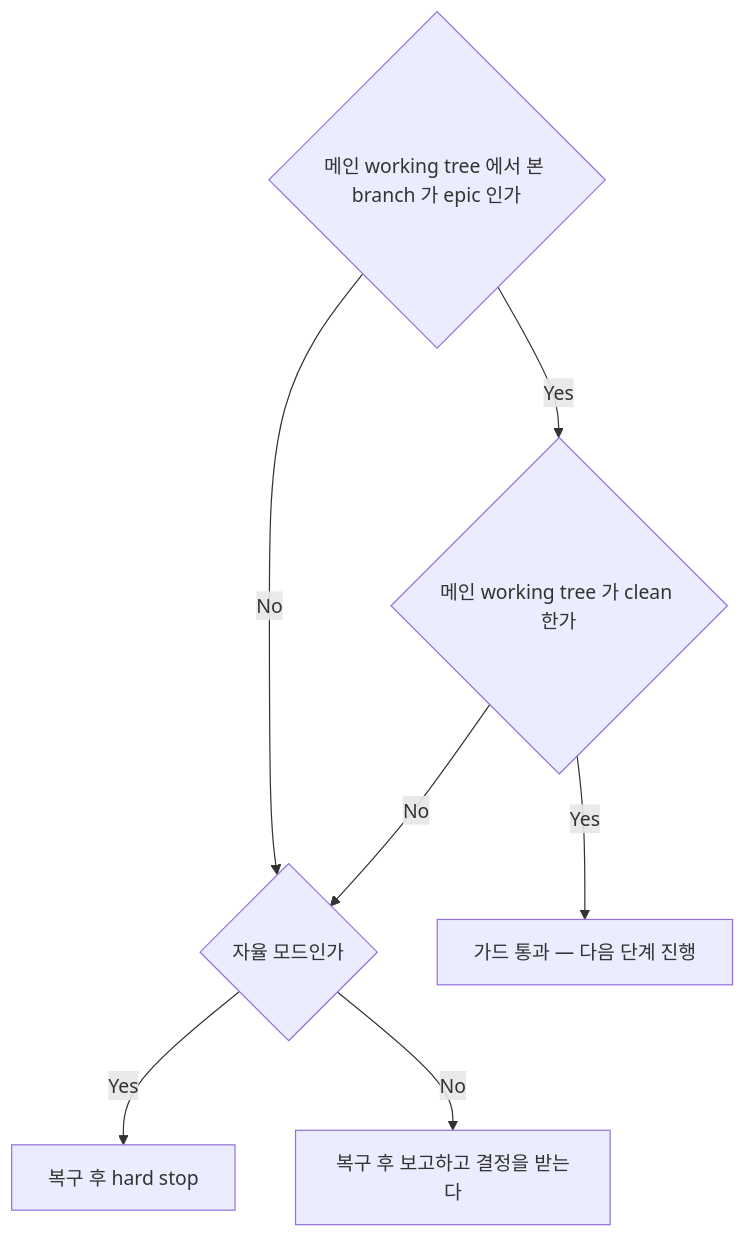
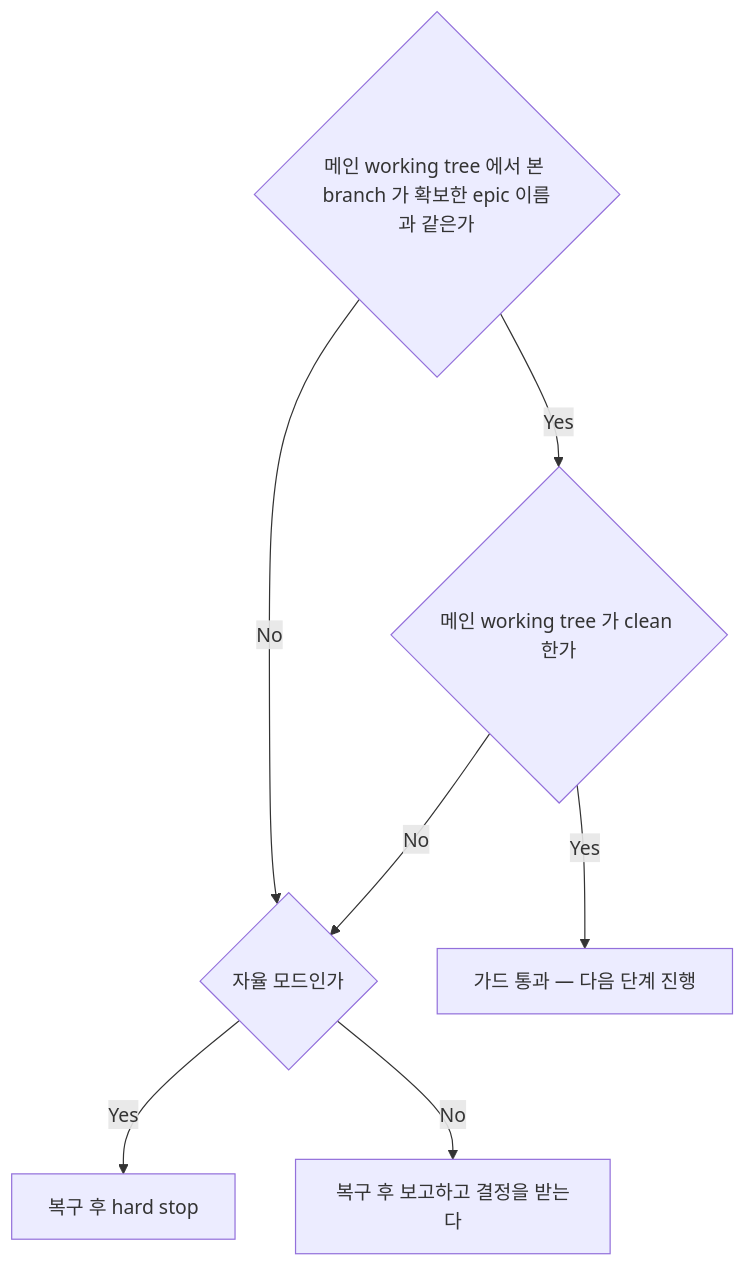
One commit to kys0213/kys-claude-plugin changed the second of 3 diagrams in plugins/atelier/skills/orchestrator/references/worktree-lifecycle.md. Above: the diagram before and after it, drawn with Mermaid. The commit also changed other lines of this file, not shown here.

First line of the commit message:
docs(atelier): align worktree branch rules

````diff
--- a/plugins/atelier/skills/orchestrator/references/worktree-lifecycle.md
+++ b/plugins/atelier/skills/orchestrator/references/worktree-lifecycle.md
@@ -61,15 +61,15 @@
 ```mermaid
 flowchart TD
-  D22_q1{"메인 working tree 에서 본 branch 가 epic 인가"}
+  D22_q1{"메인 working tree 에서 본 branch 가 확보한 epic 이름과 같은가"}
   D22_q2{"메인 working tree 가 clean 한가"}
   D22_q3{"자율 모드인가"}
   D22_t1["가드 통과 — 다음 단계 진행"]
   D22_t2["복구 후 hard stop"]
   D22_t3["복구 후 보고하고 결정을 받는다"]
   D22_q1 -->|Yes| D22_q2
   D22_q1 -->|No| D22_q3
   D22_q2 -->|Yes| D22_t1
   D22_q2 -->|No| D22_q3
   D22_q3 -->|Yes| D22_t2
   D22_q3 -->|No| D22_t3
 ```
````
